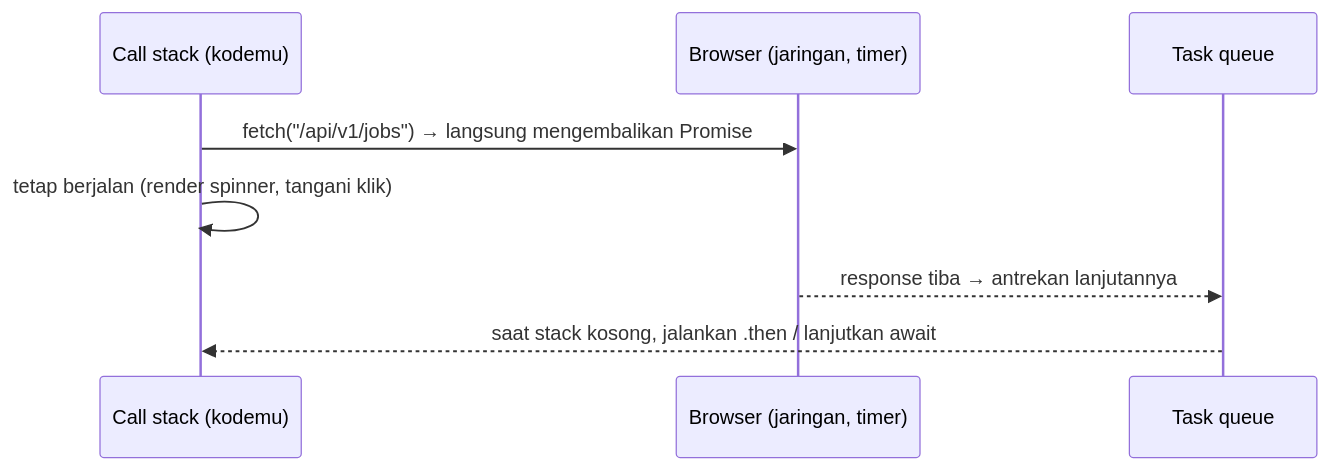
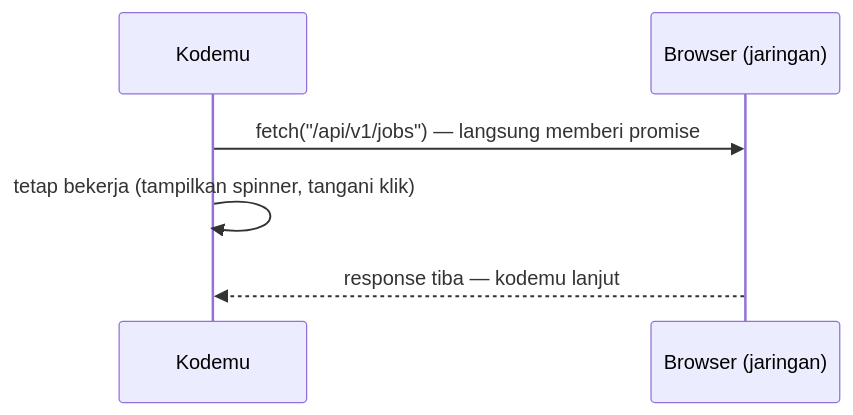
One commit to MuhammadIsmailHasan/fsse-ai-handbook changed the diagram in content/modules/m4/w1/07-async-javascript-and-fetch.id.md. Above: the diagram before and after it, drawn with Mermaid. The commit also changed other lines of this file and 2 other files, not shown here.

````diff
--- a/content/modules/m4/w1/07-async-javascript-and-fetch.id.md
+++ b/content/modules/m4/w1/07-async-javascript-and-fetch.id.md
@@ -49,10 +62,8 @@
 ```mermaid
 sequenceDiagram
-    participant JS as Call stack (kodemu)
-    participant API as Browser (jaringan, timer)
-    participant Q as Task queue
-    JS->>API: fetch("/api/v1/jobs") → langsung mengembalikan Promise
-    JS->>JS: tetap berjalan (render spinner, tangani klik)
-    API-->>Q: response tiba → antrekan lanjutannya
-    Q-->>JS: saat stack kosong, jalankan .then / lanjutkan await
+    participant Code as Kodemu
+    participant Browser as Browser (jaringan)
+    Code->>Browser: fetch("/api/v1/jobs") — langsung memberi promise
+    Code->>Code: tetap bekerja (tampilkan spinner, tangani klik)
+    Browser-->>Code: response tiba — kodemu lanjut
 ```
````
